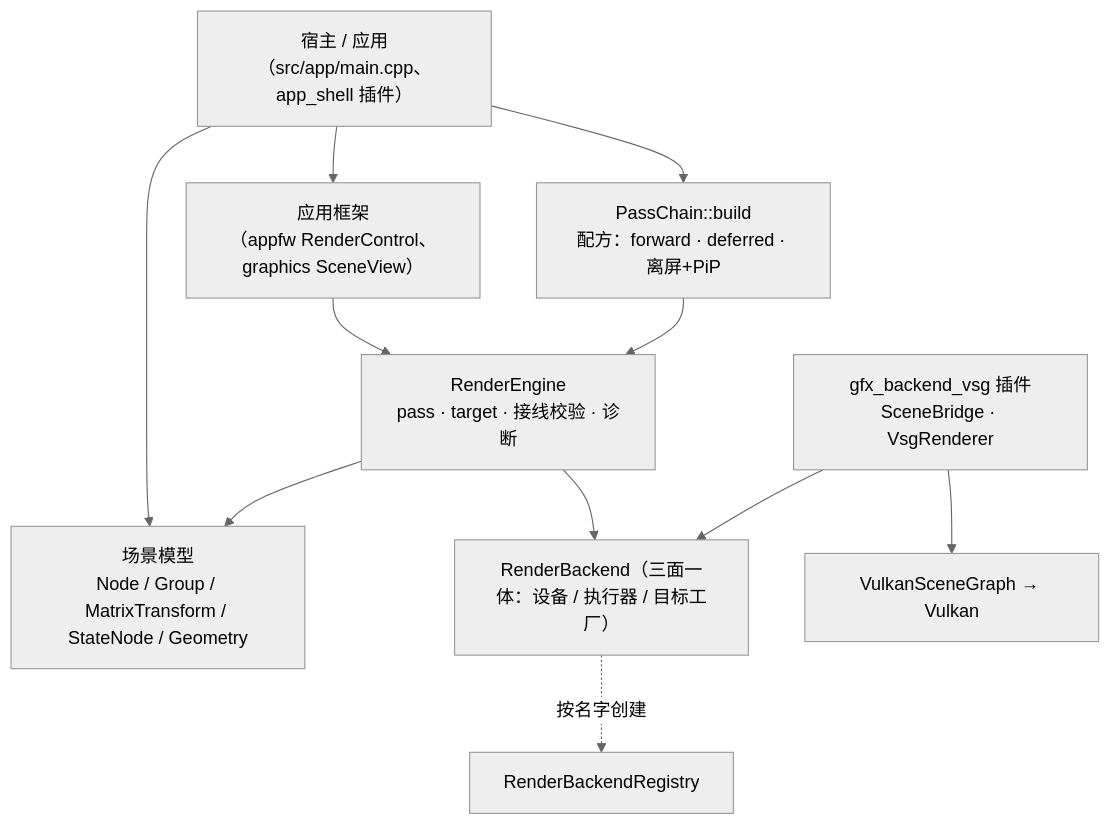
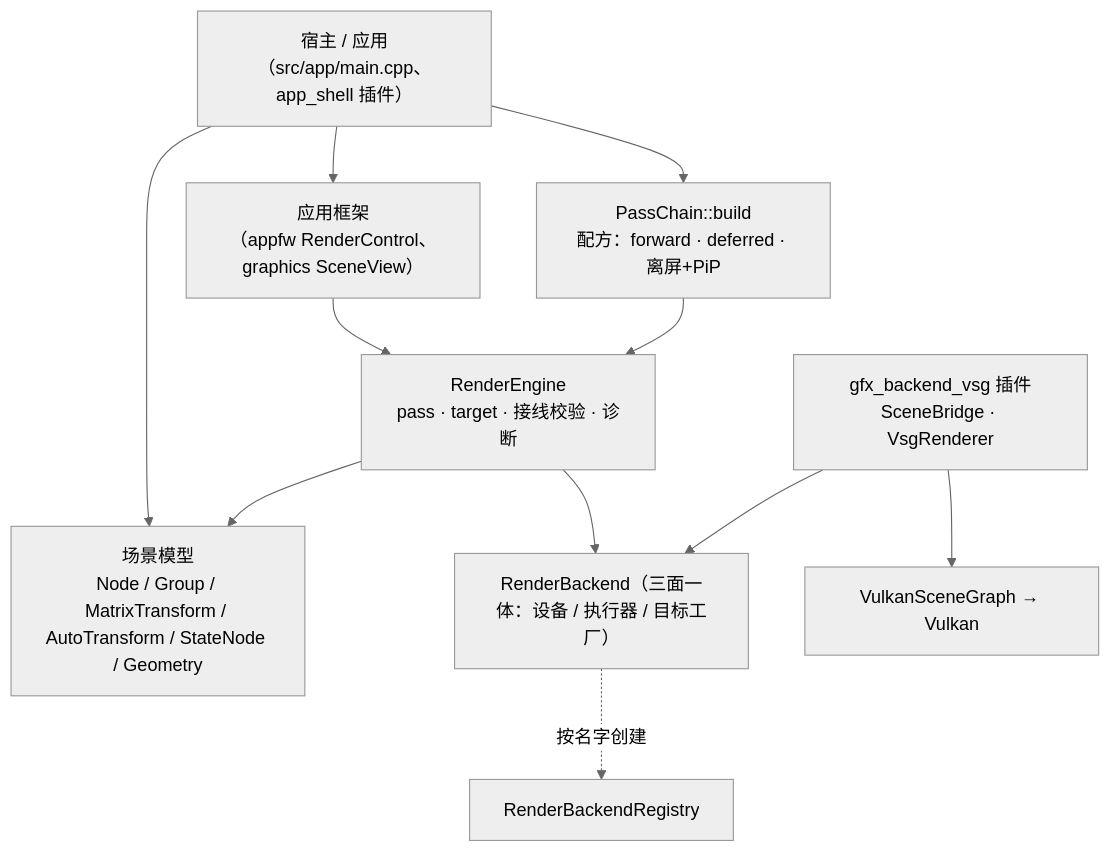
Before and after one commit to lonelyong/Vine: the diagram in docs/guides/graphics.md, drawn with Mermaid (neutral theme). The commit also changed other lines of this file and 13 other files, not shown here.

First line of the commit message:
feat(graphics): add AutoTransform, a TRS node for per-frame poses (R4)

````diff
--- a/docs/guides/graphics.md
+++ b/docs/guides/graphics.md
@@ -15,20 +15,20 @@
 ```mermaid
 graph TB
     Host["宿主 / 应用<br/>（src/app/main.cpp、app_shell 插件）"]
     UI["应用框架<br/>（appfw RenderControl、graphics SceneView）"]
     Engine["RenderEngine<br/>pass · target · 接线校验 · 诊断"]
-    Scene["场景模型<br/>Node / Group / MatrixTransform / StateNode / Geometry"]
+    Scene["场景模型<br/>Node / Group / MatrixTransform / AutoTransform / StateNode / Geometry"]
     Builder["PassChain::build<br/>配方：forward · deferred · 离屏+PiP"]
     BackendIface["RenderBackend（三面一体：设备 / 执行器 / 目标工厂）"]
     Plugin["gfx_backend_vsg 插件<br/>SceneBridge · VsgRenderer"]
     VSG["VulkanSceneGraph → Vulkan"]
 
     Host --> UI --> Engine
     Host --> Scene
     Host --> Builder --> Engine
     Engine --> Scene
     Engine --> BackendIface
     BackendIface -. 按名字创建 .-> Registry["RenderBackendRegistry"]
     Plugin --> BackendIface
     Plugin --> VSG
 ```
````
